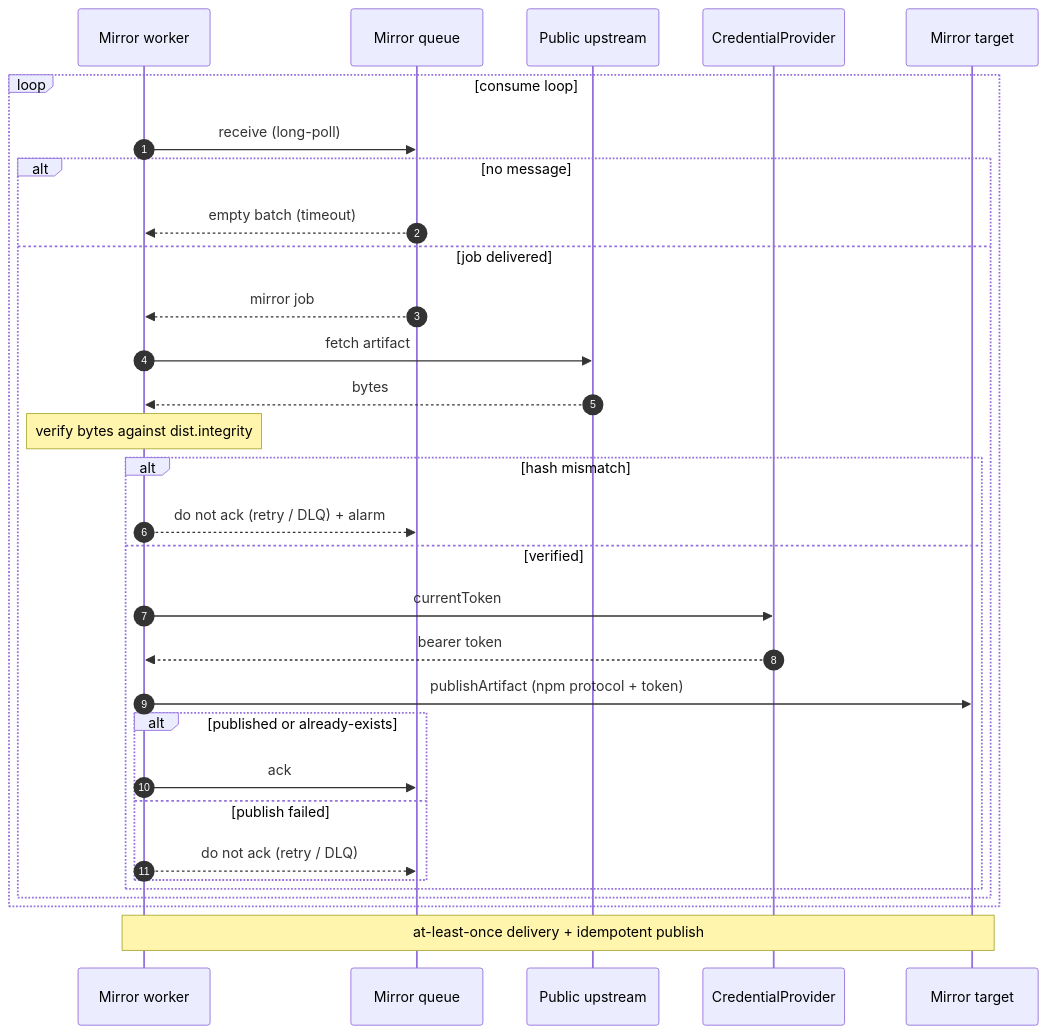
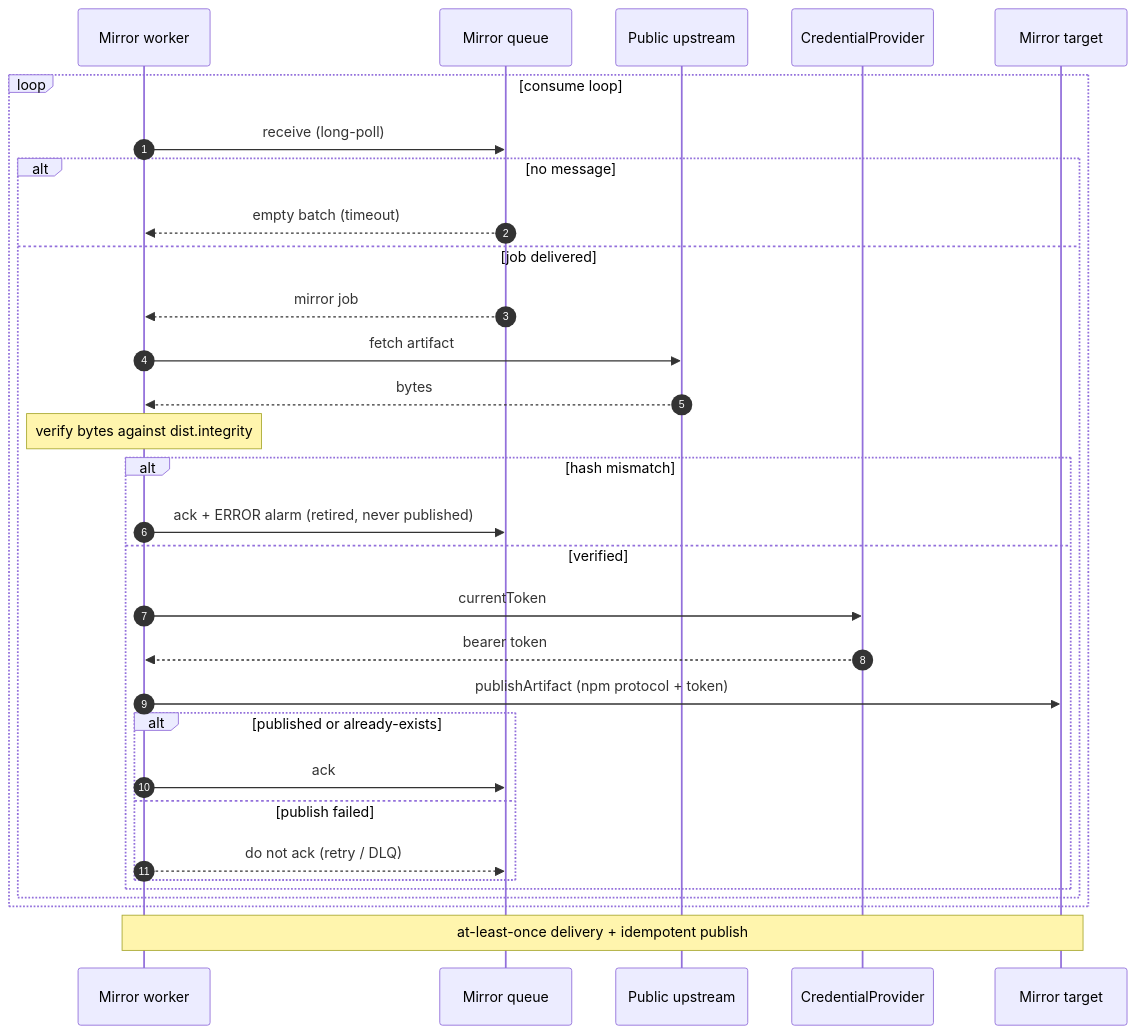
The diagram in docs/architecture/cloud-backends.md (AlexaDeWit/Ecluse), drawn with Mermaid before and after one commit. The commit also changed other lines of this file and 18 other files, not shown here.

````diff
--- a/docs/architecture/cloud-backends.md
+++ b/docs/architecture/cloud-backends.md
@@ -58,34 +59,34 @@
 ```mermaid
 sequenceDiagram
     autonumber
     participant W as Mirror worker
     participant Queue as Mirror queue
     participant Pub as Public upstream
     participant Cred as CredentialProvider
     participant Mirror as Mirror target
 
     loop consume loop
         W->>Queue: receive (long-poll)
         alt no message
             Queue-->>W: empty batch (timeout)
         else job delivered
             Queue-->>W: mirror job
             W->>Pub: fetch artifact
             Pub-->>W: bytes
             Note over W: verify bytes against dist.integrity
             alt hash mismatch
-                W-->>Queue: do not ack (retry / DLQ) + alarm
+                W->>Queue: ack + ERROR alarm (retired, never published)
             else verified
                 W->>Cred: currentToken
                 Cred-->>W: bearer token
                 W->>Mirror: publishArtifact (npm protocol + token)
                 alt published or already-exists
                     W->>Queue: ack
                 else publish failed
                     W-->>Queue: do not ack (retry / DLQ)
                 end
             end
         end
     end
     Note over W,Mirror: at-least-once delivery + idempotent publish
 ```
````
